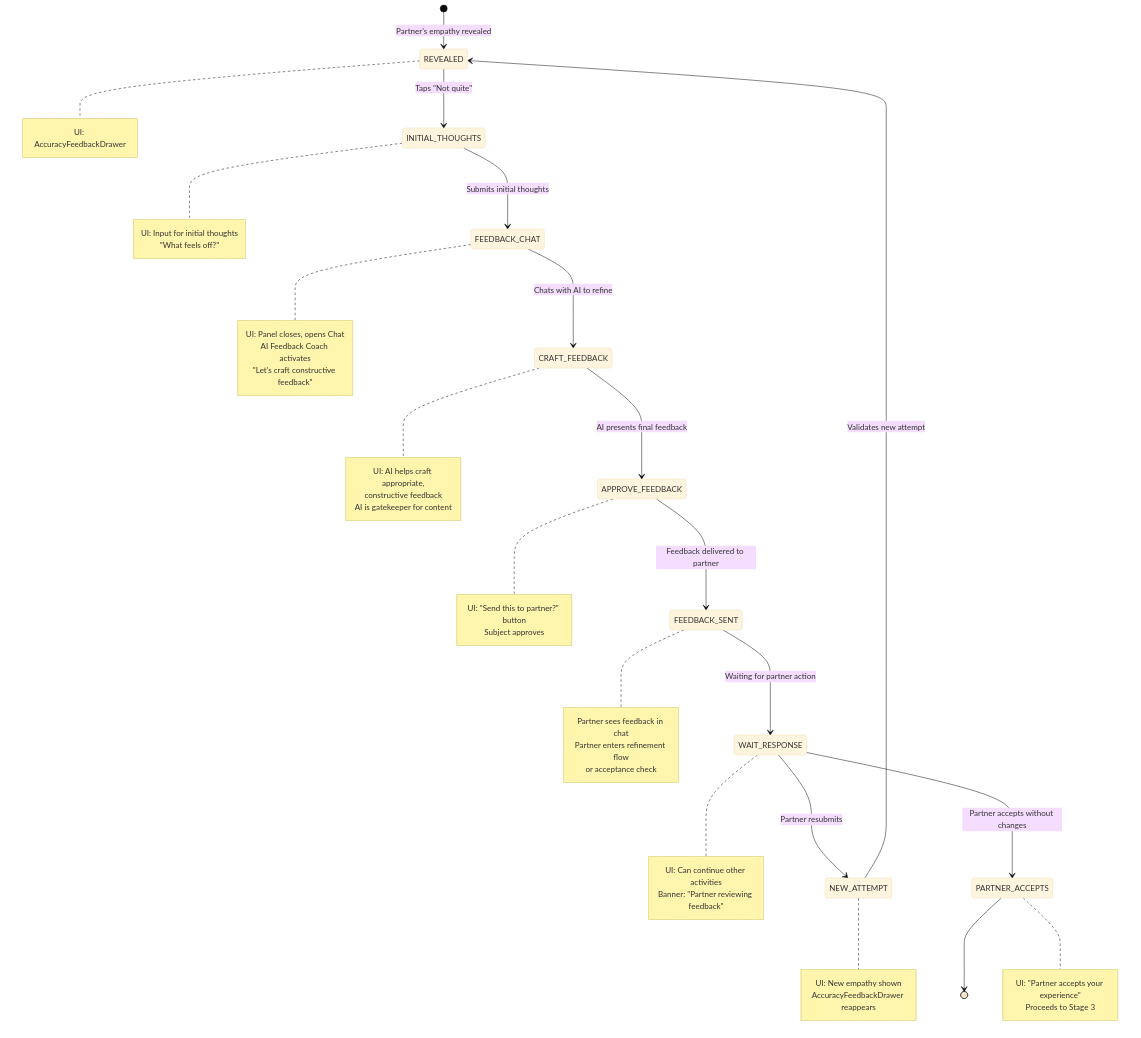
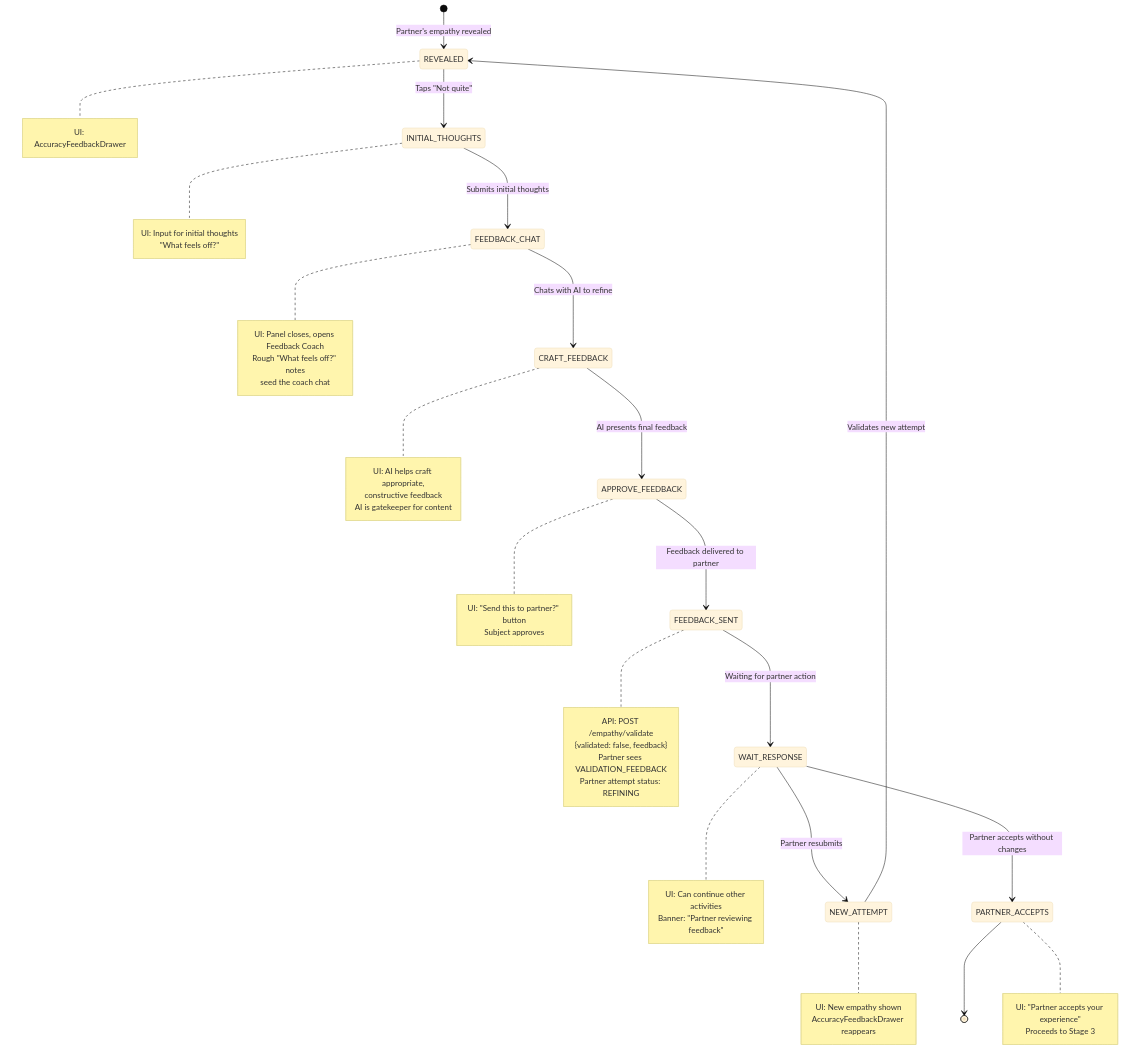
One commit to shantamg/meet-without-fear changed diagram 11 of 14 in docs/diagrams/reconciler-paths.md. Above: the diagram before and after it, drawn with Mermaid (base theme). The commit also changed other lines of this file and 32 other files, not shown here.

Commit message:
implement stage 2 feedback coach flow

````diff
--- a/docs/diagrams/reconciler-paths.md
+++ b/docs/diagrams/reconciler-paths.md
@@ -455,50 +455,50 @@
 ```mermaid
 stateDiagram-v2
     [*] --> REVEALED: Partner's empathy revealed
     note right of REVEALED
         UI: AccuracyFeedbackDrawer
     end note
 
     REVEALED --> INITIAL_THOUGHTS: Taps "Not quite"
     note right of INITIAL_THOUGHTS
         UI: Input for initial thoughts<br/>"What feels off?"
     end note
 
     INITIAL_THOUGHTS --> FEEDBACK_CHAT: Submits initial thoughts
     note right of FEEDBACK_CHAT
-        UI: Panel closes, opens Chat<br/>AI Feedback Coach activates<br/>"Let's craft constructive feedback"
+        UI: Panel closes, opens Feedback Coach<br/>Rough "What feels off?" notes<br/>seed the coach chat
     end note
 
     FEEDBACK_CHAT --> CRAFT_FEEDBACK: Chats with AI to refine
     note right of CRAFT_FEEDBACK
         UI: AI helps craft appropriate,<br/>constructive feedback<br/>AI is gatekeeper for content
     end note
 
     CRAFT_FEEDBACK --> APPROVE_FEEDBACK: AI presents final feedback
     note right of APPROVE_FEEDBACK
         UI: "Send this to partner?" button<br/>Subject approves
     end note
 
     APPROVE_FEEDBACK --> FEEDBACK_SENT: Feedback delivered to partner
     note right of FEEDBACK_SENT
-        Partner sees feedback in chat<br/>Partner enters refinement flow<br/>or acceptance check
+        API: POST /empathy/validate<br/>{validated: false, feedback}<br/>Partner sees VALIDATION_FEEDBACK<br/>Partner attempt status: REFINING
     end note
 
     FEEDBACK_SENT --> WAIT_RESPONSE: Waiting for partner action
     note right of WAIT_RESPONSE
         UI: Can continue other activities<br/>Banner: "Partner reviewing feedback"
     end note
 
     WAIT_RESPONSE --> NEW_ATTEMPT: Partner resubmits
     note right of NEW_ATTEMPT
         UI: New empathy shown<br/>AccuracyFeedbackDrawer reappears
     end note
 
     WAIT_RESPONSE --> PARTNER_ACCEPTS: Partner accepts without changes
     note right of PARTNER_ACCEPTS
         UI: "Partner accepts your experience"<br/>Proceeds to Stage 3
     end note
 
     NEW_ATTEMPT --> REVEALED: Validates new attempt
     PARTNER_ACCEPTS --> [*]
 ```
````
